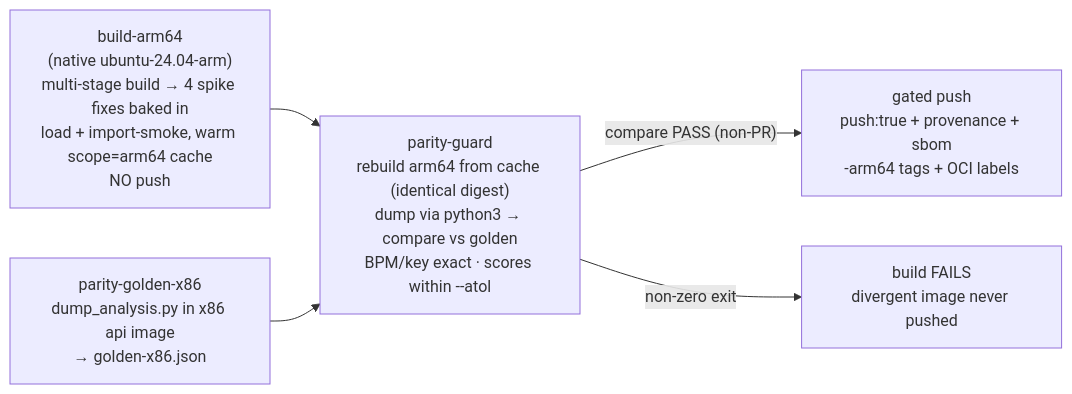
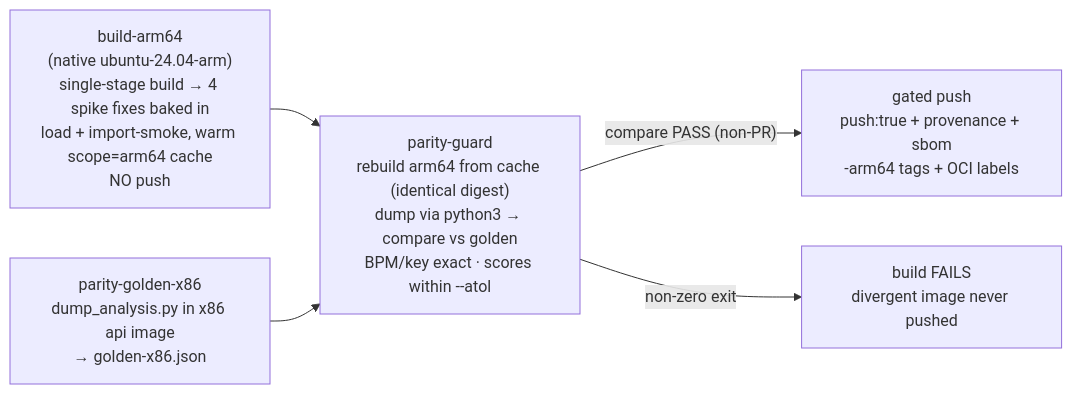
One commit to SimplicityGuy/phaze changed the diagram in docs/arm64-agent-image.md. Above: the diagram before and after it, drawn with Mermaid. The commit also changed other lines of this file and 15 other files, not shown here.

````diff
--- a/docs/arm64-agent-image.md
+++ b/docs/arm64-agent-image.md
@@ -149,11 +149,11 @@
 ```mermaid
 flowchart LR
-  build["build-arm64<br/>(native ubuntu-24.04-arm)<br/>multi-stage build → 4 spike fixes baked in<br/>load + import-smoke, warm scope=arm64 cache<br/>NO push"]
+  build["build-arm64<br/>(native ubuntu-24.04-arm)<br/>single-stage build → 4 spike fixes baked in<br/>load + import-smoke, warm scope=arm64 cache<br/>NO push"]
   golden["parity-golden-x86<br/>dump_analysis.py in x86 api image<br/>→ golden-x86.json"]
   guard["parity-guard<br/>rebuild arm64 from cache (identical digest)<br/>dump via python3 → compare vs golden<br/>BPM/key exact · scores within --atol"]
   push["gated push<br/>push:true + provenance + sbom<br/>-arm64 tags + OCI labels"]
   build --> guard
   golden --> guard
   guard -->|"compare PASS (non-PR)"| push
   guard -->|"non-zero exit"| fail["build FAILS<br/>divergent image never pushed"]
 ```
````
